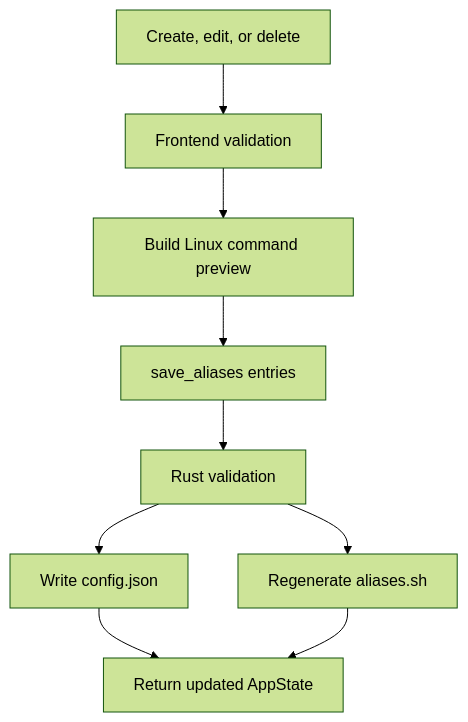
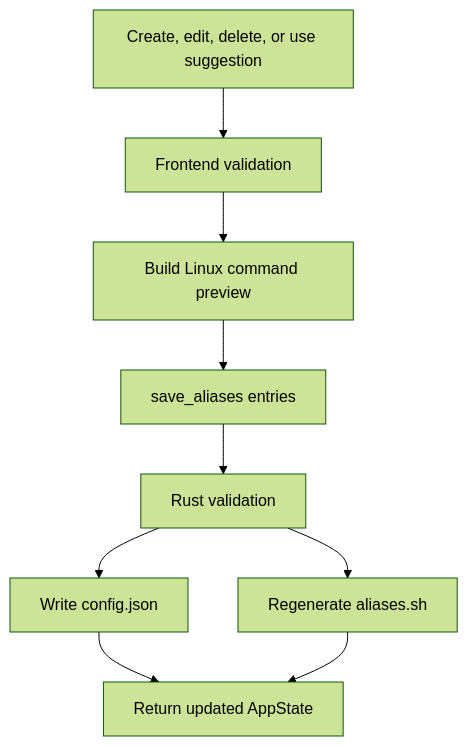
Before and after one commit to hannesgnann-hub/easyalias: the fourth of 4 diagrams in linux_src/docs/ARCHITECTURE.md, drawn with Mermaid (forest theme). The commit also changed other lines of this file and 4 other files, not shown here.

````diff
--- a/linux_src/docs/ARCHITECTURE.md
+++ b/linux_src/docs/ARCHITECTURE.md
@@ -80,11 +80,11 @@
 ```mermaid
 flowchart TD
-  Change["Create, edit, or delete"] --> Validate["Frontend validation"]
+  Change["Create, edit, delete, or use suggestion"] --> Validate["Frontend validation"]
   Validate --> Preview["Build Linux command preview"]
   Preview --> Invoke["save_aliases entries"]
   Invoke --> BackendValidate["Rust validation"]
   BackendValidate --> Json["Write config.json"]
   BackendValidate --> Shell["Regenerate aliases.sh"]
   Json --> State["Return updated AppState"]
   Shell --> State
 ```
````
